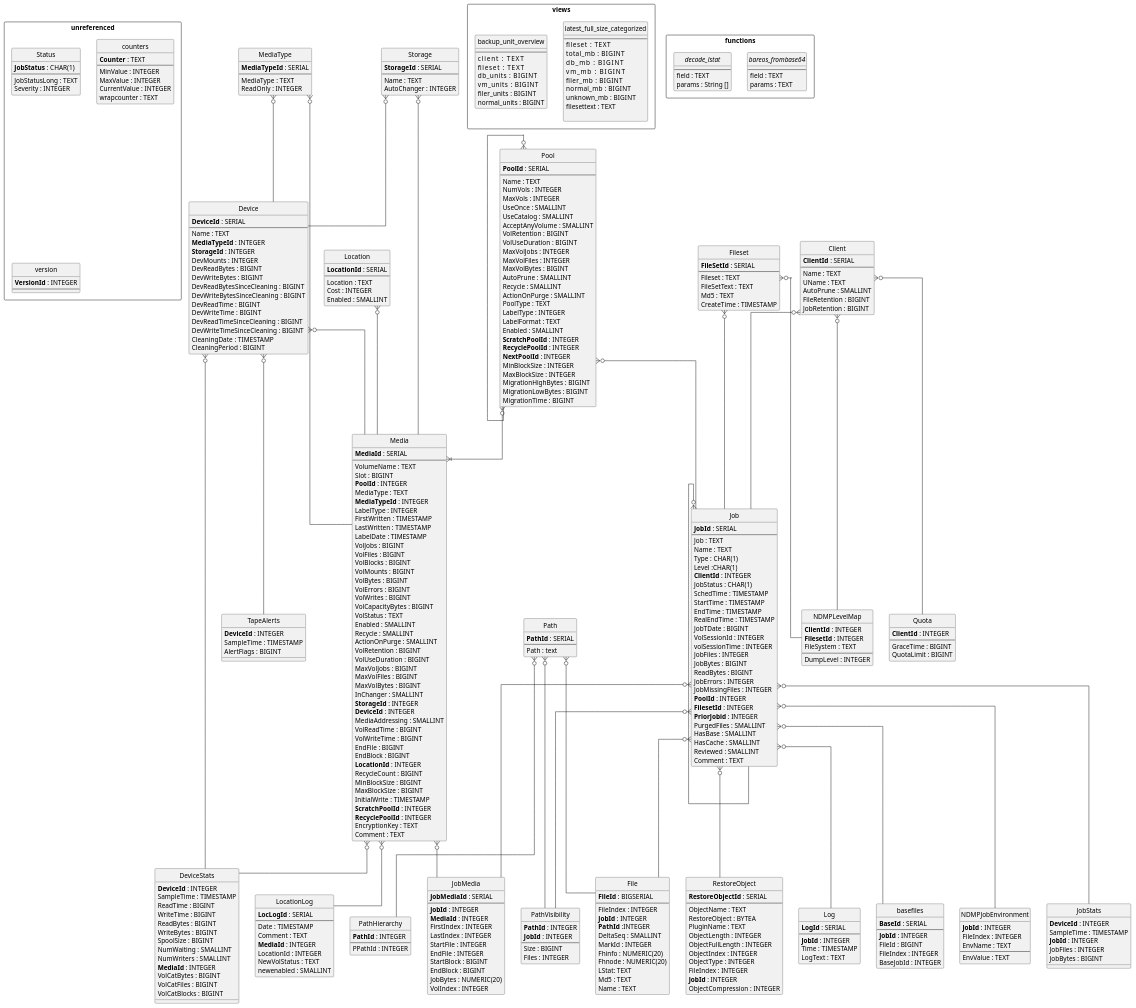
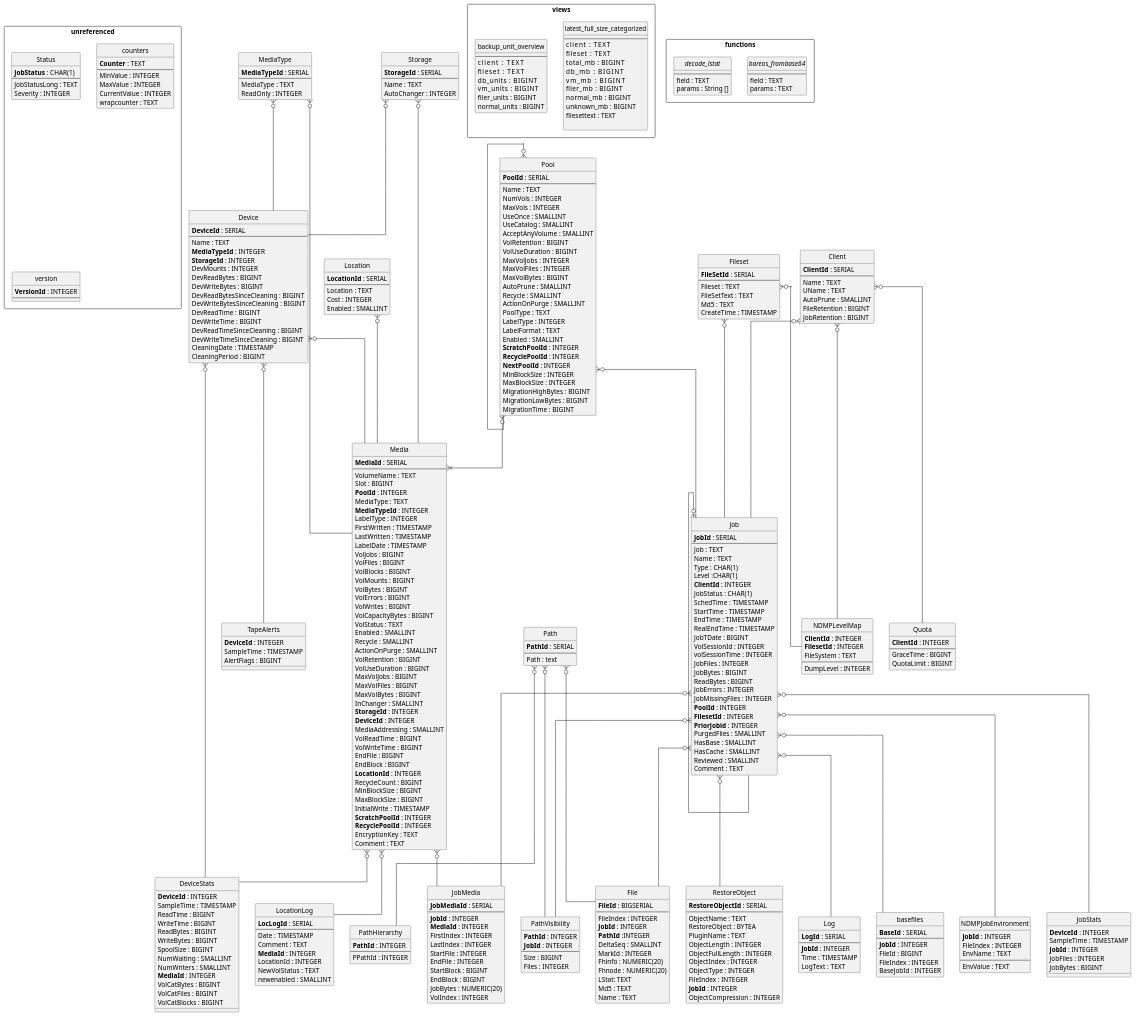
Before and after one commit to bareos/bareos: the diagram in docs/manuals/source/DeveloperGuide/catalog/schema_bareos_postgresql.puml, drawn with PlantUML. The commit also changed 1 other file, not shown here.

```diff
--- a/docs/manuals/source/DeveloperGuide/catalog/schema_bareos_postgresql.puml
+++ b/docs/manuals/source/DeveloperGuide/catalog/schema_bareos_postgresql.puml
@@ -354,6 +354,7 @@
   package views <<Rectangle>> {
   entity latest_full_size_categorized {
     --
+    client      : TEXT
     fileset     : TEXT
     total_mb    : BIGINT
     db_mb       : BIGINT
```
